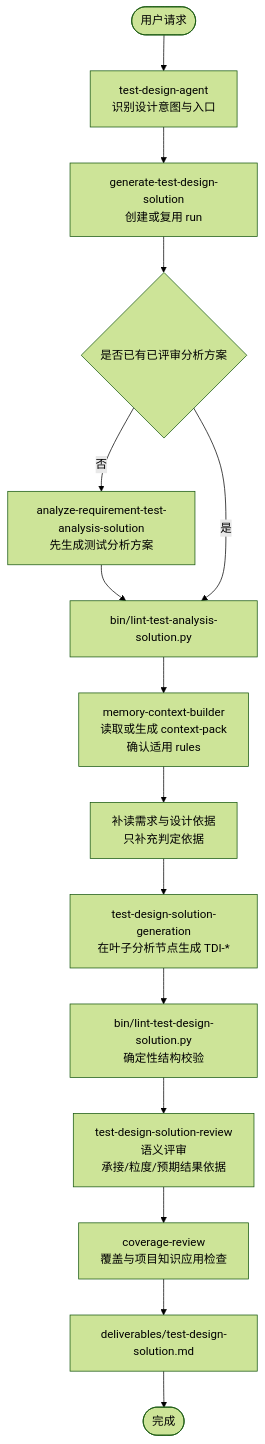
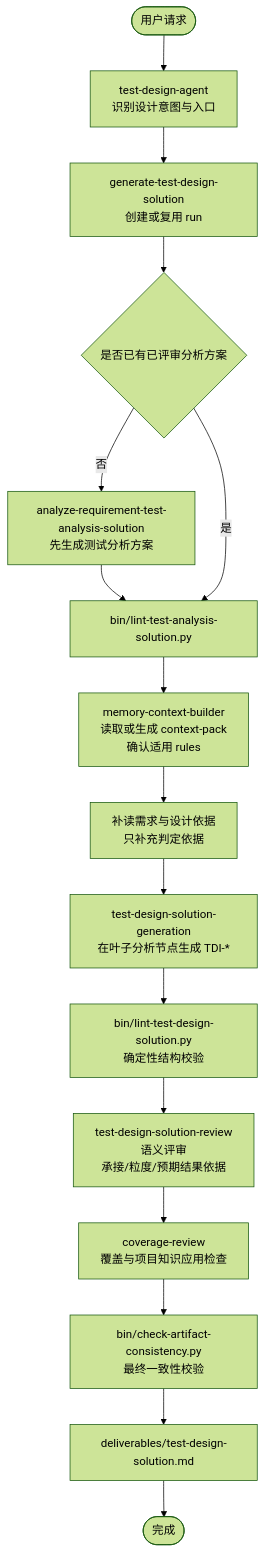
Before and after one commit to szluoqy-byte/Test-Analysis-Agent-MM: the diagram in docs/test-design-agent-design.md, drawn with Mermaid (forest theme). The commit also changed other lines of this file and 17 other files, not shown here.

Commit message:
feat: align test design agent framework

````diff
--- a/docs/test-design-agent-design.md
+++ b/docs/test-design-agent-design.md
@@ -83,18 +83,19 @@
 ```mermaid
 flowchart TD
-  start([用户请求])
-  start --> agent[test-design-agent<br/>识别设计意图与入口]
-  agent --> main[generate-test-design-solution<br/>创建或复用 run]
-  main --> hasAnalysis{是否已有已评审分析方案}
-  hasAnalysis -- 否 --> analysis[analyze-requirement-test-analysis-solution<br/>先生成测试分析方案]
-  analysis --> analysisCheck[bin/lint-test-analysis-solution.py]
+  start(["用户请求"])
+  start --> agent["test-design-agent<br/>识别设计意图与入口"]
+  agent --> main["generate-test-design-solution<br/>创建或复用 run"]
+  main --> hasAnalysis{"是否已有已评审分析方案"}
+  hasAnalysis -- 否 --> analysis["analyze-requirement-test-analysis-solution<br/>先生成测试分析方案"]
+  analysis --> analysisCheck["bin/lint-test-analysis-solution.py"]
   hasAnalysis -- 是 --> analysisCheck
-  analysisCheck --> ctx[memory-context-builder<br/>读取或生成 context-pack<br/>确认适用 rules]
-  ctx --> basis[补读需求与设计依据<br/>只补充判定依据]
-  basis --> generation[test-design-solution-generation<br/>在叶子分析节点生成 TDI-*]
-  generation --> lint[bin/lint-test-design-solution.py<br/>确定性结构校验]
-  lint --> review[test-design-solution-review<br/>语义评审<br/>承接/粒度/预期结果依据]
-  review --> coverage[coverage-review<br/>覆盖与项目知识应用检查]
-  coverage --> output[deliverables/test-design-solution.md]
-  output --> finish([完成])
+  analysisCheck --> ctx["memory-context-builder<br/>读取或生成 context-pack<br/>确认适用 rules"]
+  ctx --> basis["补读需求与设计依据<br/>只补充判定依据"]
+  basis --> generation["test-design-solution-generation<br/>在叶子分析节点生成 TDI-*"]
+  generation --> lint["bin/lint-test-design-solution.py<br/>确定性结构校验"]
+  lint --> review["test-design-solution-review<br/>语义评审<br/>承接/粒度/预期结果依据"]
+  review --> coverage["coverage-review<br/>覆盖与项目知识应用检查"]
+  coverage --> consistency["bin/check-artifact-consistency.py<br/>最终一致性校验"]
+  consistency --> output["deliverables/test-design-solution.md"]
+  output --> finish(["完成"])
 ```
````
